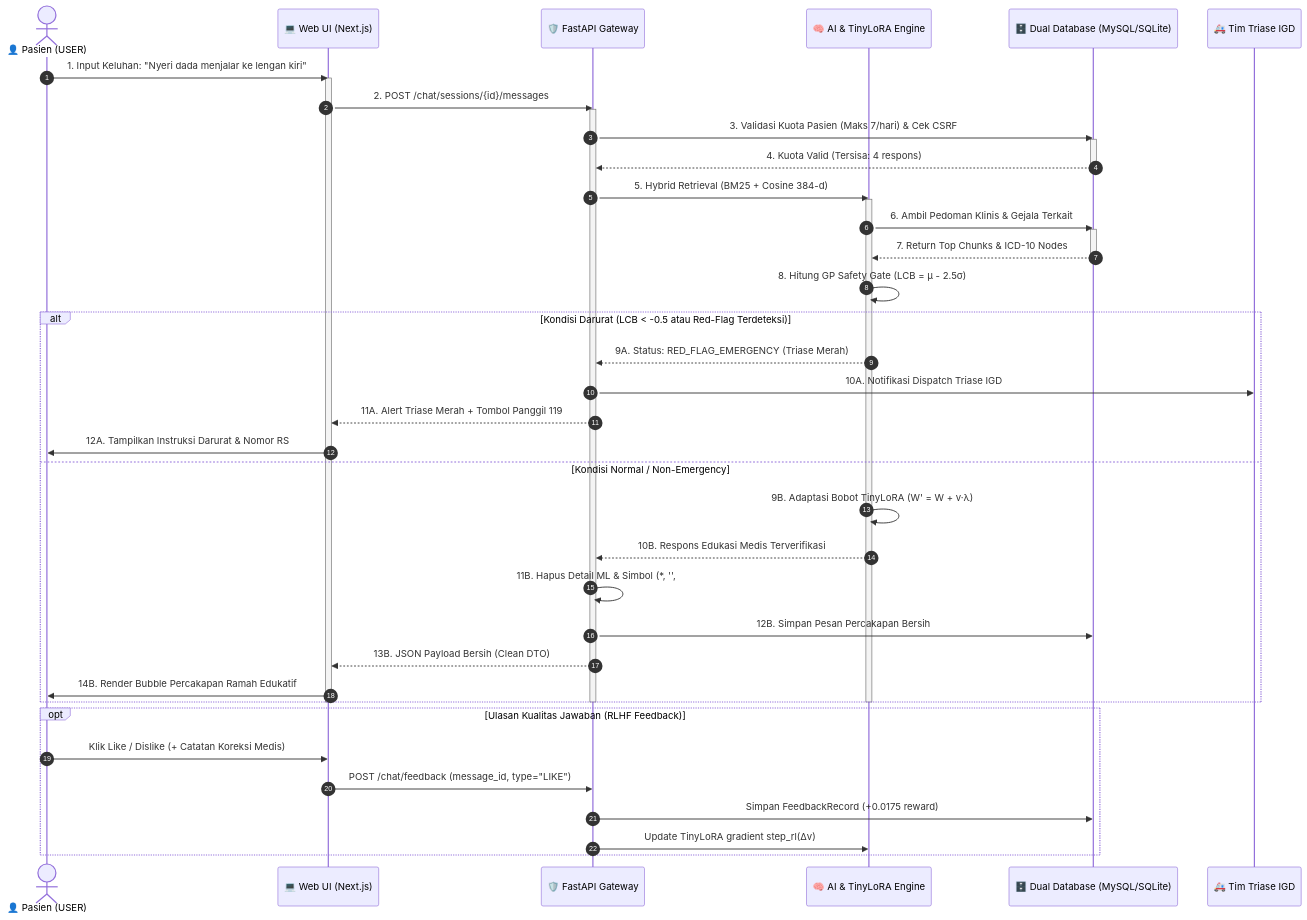
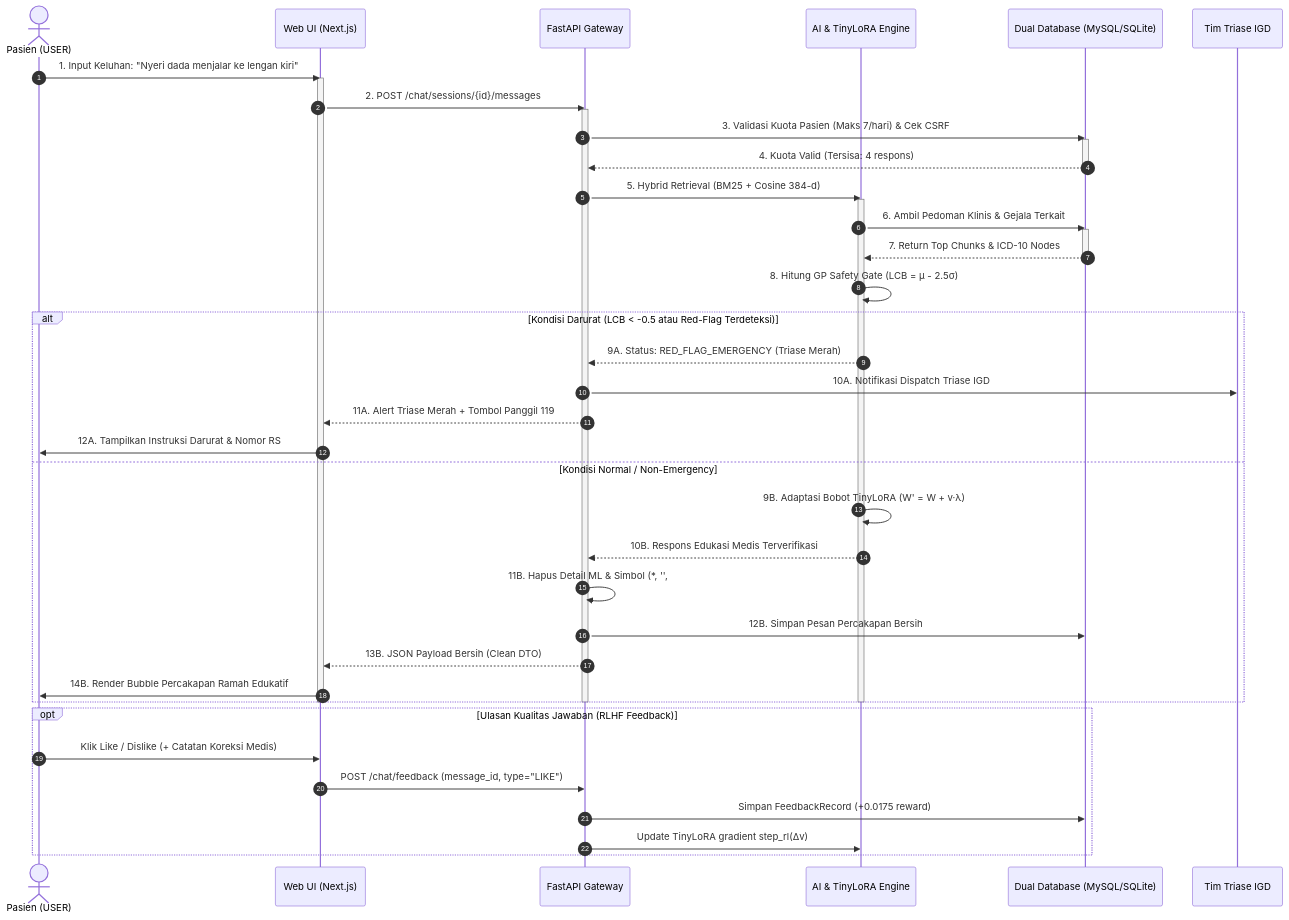
The fourth of 5 diagrams in docs/readme/02_UML_DAN_DIAGRAM_ARSITEKTUR.md (not162/record-medical-development), drawn with Mermaid before and after one commit. The commit also changed other lines of this file and 3 other files, not shown here.

Commit message:
style(diagrams): convert all diagrams, tables, and interactive suite to pure monochrome black-and-white

````diff
--- a/docs/readme/02_UML_DAN_DIAGRAM_ARSITEKTUR.md
+++ b/docs/readme/02_UML_DAN_DIAGRAM_ARSITEKTUR.md
@@ -274,53 +259,53 @@
 ```mermaid
 sequenceDiagram
     autonumber
-    actor Pasien as 👤 Pasien (USER)
-    participant Web as 💻 Web UI (Next.js)
-    participant API as 🛡️ FastAPI Gateway
-    participant AI as 🧠 AI & TinyLoRA Engine
-    participant DB as 🗄️ Dual Database (MySQL/SQLite)
-    participant IGD as 🚑 Tim Triase IGD
+    actor Pasien as Pasien (USER)
+    participant Web as Web UI (Next.js)
+    participant API as FastAPI Gateway
+    participant AI as AI & TinyLoRA Engine
+    participant DB as Dual Database (MySQL/SQLite)
+    participant IGD as Tim Triase IGD
 
     Pasien->>Web: 1. Input Keluhan: "Nyeri dada menjalar ke lengan kiri"
     activate Web
     Web->>API: 2. POST /chat/sessions/{id}/messages
     activate API
 
     API->>DB: 3. Validasi Kuota Pasien (Maks 7/hari) & Cek CSRF
     activate DB
     DB-->>API: 4. Kuota Valid (Tersisa: 4 respons)
     deactivate DB
 
     API->>AI: 5. Hybrid Retrieval (BM25 + Cosine 384-d)
     activate AI
     AI->>DB: 6. Ambil Pedoman Klinis & Gejala Terkait
     activate DB
     DB-->>AI: 7. Return Top Chunks & ICD-10 Nodes
     deactivate DB
 
     AI->>AI: 8. Hitung GP Safety Gate (LCB = μ - 2.5σ)
 
     alt Kondisi Darurat (LCB < -0.5 atau Red-Flag Terdeteksi)
         AI-->>API: 9A. Status: RED_FLAG_EMERGENCY (Triase Merah)
         API->>IGD: 10A. Notifikasi Dispatch Triase IGD
         API-->>Web: 11A. Alert Triase Merah + Tombol Panggil 119
         Web->>Pasien: 12A. Tampilkan Instruksi Darurat & Nomor RS
     else Kondisi Normal / Non-Emergency
         AI->>AI: 9B. Adaptasi Bobot TinyLoRA (W' = W + v·λ)
         AI-->>API: 10B. Respons Edukasi Medis Terverifikasi
         API->>API: 11B. Hapus Detail ML & Simbol (*, '', ##)
         API->>DB: 12B. Simpan Pesan Percakapan Bersih
         API-->>Web: 13B. JSON Payload Bersih (Clean DTO)
         Web->>Pasien: 14B. Render Bubble Percakapan Ramah Edukatif
     end
     deactivate AI
     deactivate API
     deactivate Web
 
     opt Ulasan Kualitas Jawaban (RLHF Feedback)
         Pasien->>Web: Klik Like / Dislike (+ Catatan Koreksi Medis)
         Web->>API: POST /chat/feedback (message_id, type="LIKE")
         API->>DB: Simpan FeedbackRecord (+0.0175 reward)
         API->>AI: Update TinyLoRA gradient step_rl(Δv)
     end
 ```
````
